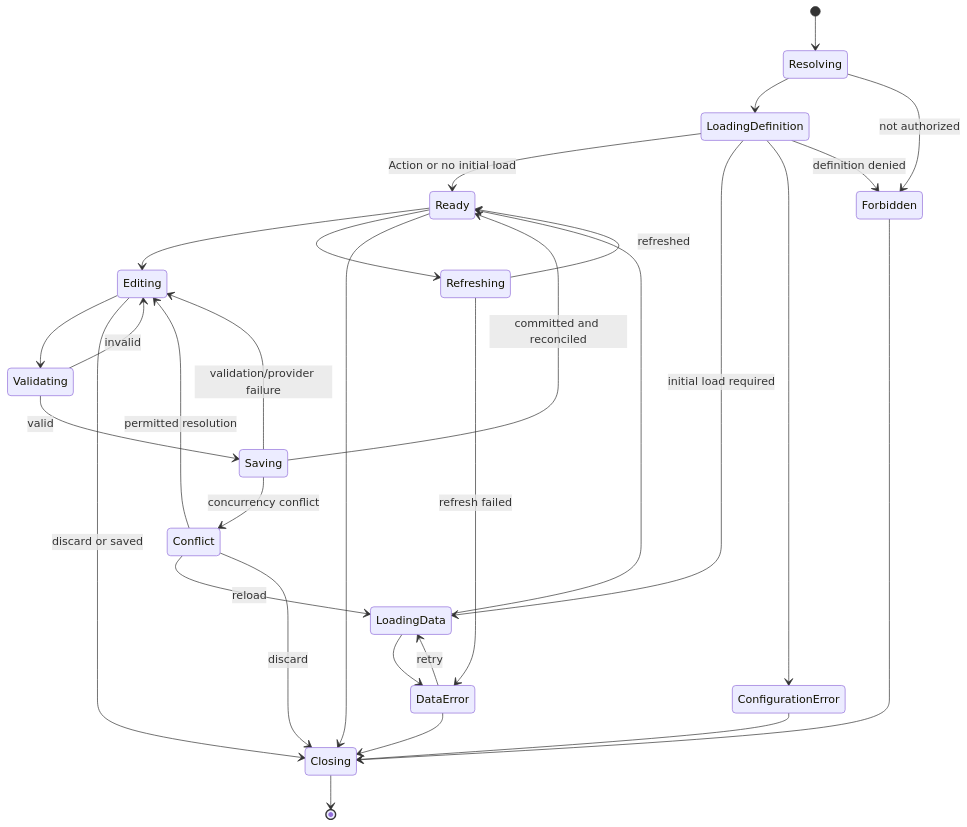
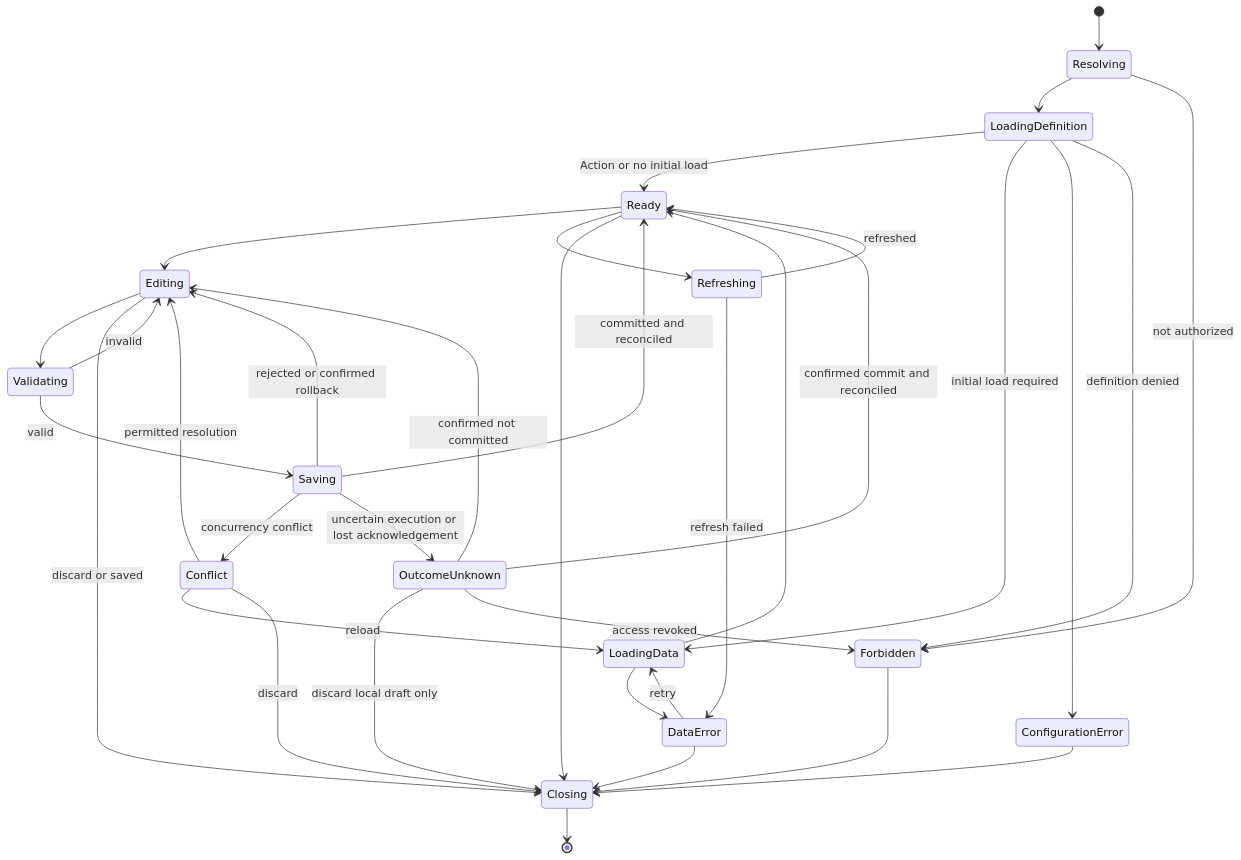
The third of 6 diagrams in docs/MODERN_WEB_SYSTEM_DESIGN.md (mraysmit/annper), drawn with Mermaid before and after one commit. The commit also changed other lines of this file and 6 other files, not shown here.

````diff
--- a/docs/MODERN_WEB_SYSTEM_DESIGN.md
+++ b/docs/MODERN_WEB_SYSTEM_DESIGN.md
@@ -448,32 +457,37 @@
 ```mermaid
 stateDiagram-v2
     [*] --> Resolving
     Resolving --> LoadingDefinition
     Resolving --> Forbidden: not authorized
     LoadingDefinition --> Ready: Action or no initial load
     LoadingDefinition --> LoadingData: initial load required
     LoadingDefinition --> ConfigurationError
     LoadingDefinition --> Forbidden: definition denied
     LoadingData --> Ready
     LoadingData --> DataError
     Ready --> Editing
     Ready --> Refreshing
     Refreshing --> Ready: refreshed
     Refreshing --> DataError: refresh failed
     Editing --> Validating
     Validating --> Editing: invalid
     Validating --> Saving: valid
     Saving --> Ready: committed and reconciled
     Saving --> Conflict: concurrency conflict
-    Saving --> Editing: validation/provider failure
+    Saving --> Editing: rejected or confirmed rollback
+    Saving --> OutcomeUnknown: uncertain execution or lost acknowledgement
+    OutcomeUnknown --> Ready: confirmed commit and reconciled
+    OutcomeUnknown --> Editing: confirmed not committed
+    OutcomeUnknown --> Closing: discard local draft only
+    OutcomeUnknown --> Forbidden: access revoked
     Conflict --> LoadingData: reload
     Conflict --> Editing: permitted resolution
     Conflict --> Closing: discard
     Ready --> Closing
     Editing --> Closing: discard or saved
     ConfigurationError --> Closing
     Forbidden --> Closing
     DataError --> LoadingData: retry
     DataError --> Closing
     Closing --> [*]
 ```
````
